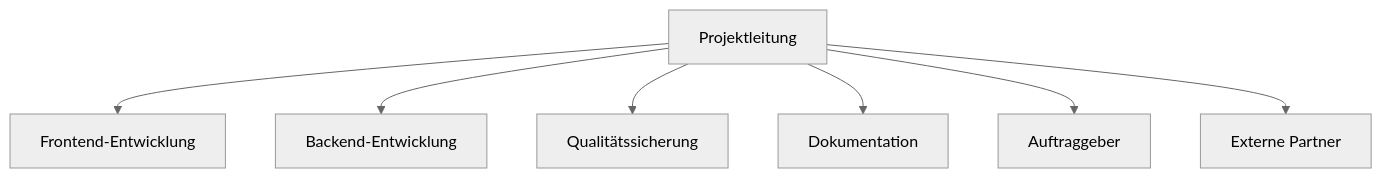
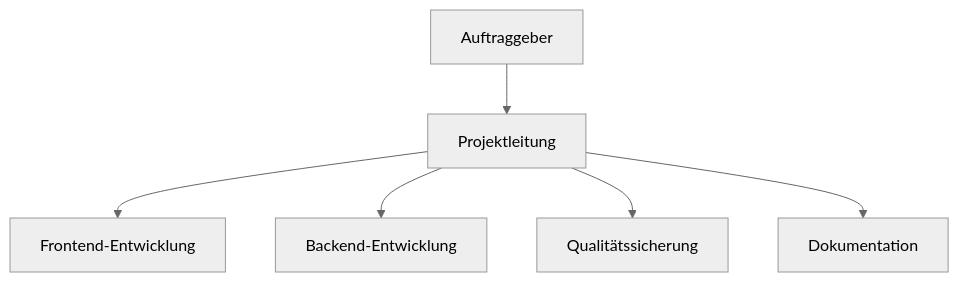
Before and after one commit to SwissiExe/yadrms-docs: the diagram in 04/4_0_Projektorganisation_final.md, drawn with Mermaid (neutral theme). The commit also changed other lines of this file, not shown here.

````diff
--- a/04/4_0_Projektorganisation_final.md
+++ b/04/4_0_Projektorganisation_final.md
@@ -11,17 +19,17 @@
 ```mermaid
+
 flowchart TD
     PL[Projektleitung]
     FE[Frontend-Entwicklung]
     BE[Backend-Entwicklung]
     QA[Qualitätssicherung]
     DOC[Dokumentation]
     AG[Auftraggeber]
-    EXT[Externe Partner]
 
     PL --> FE
     PL --> BE
     PL --> QA
     PL --> DOC
-    PL --> AG
-    PL --> EXT
+    AG --> PL
+
 ```
````
